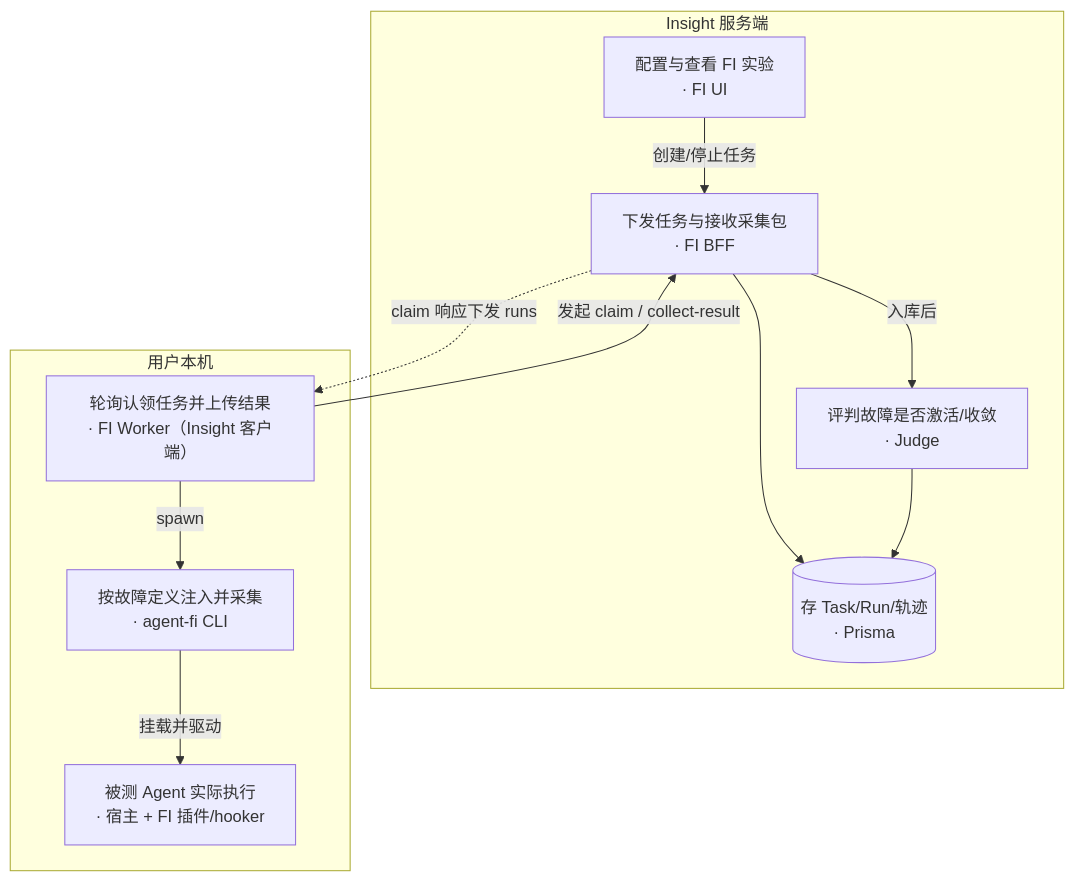
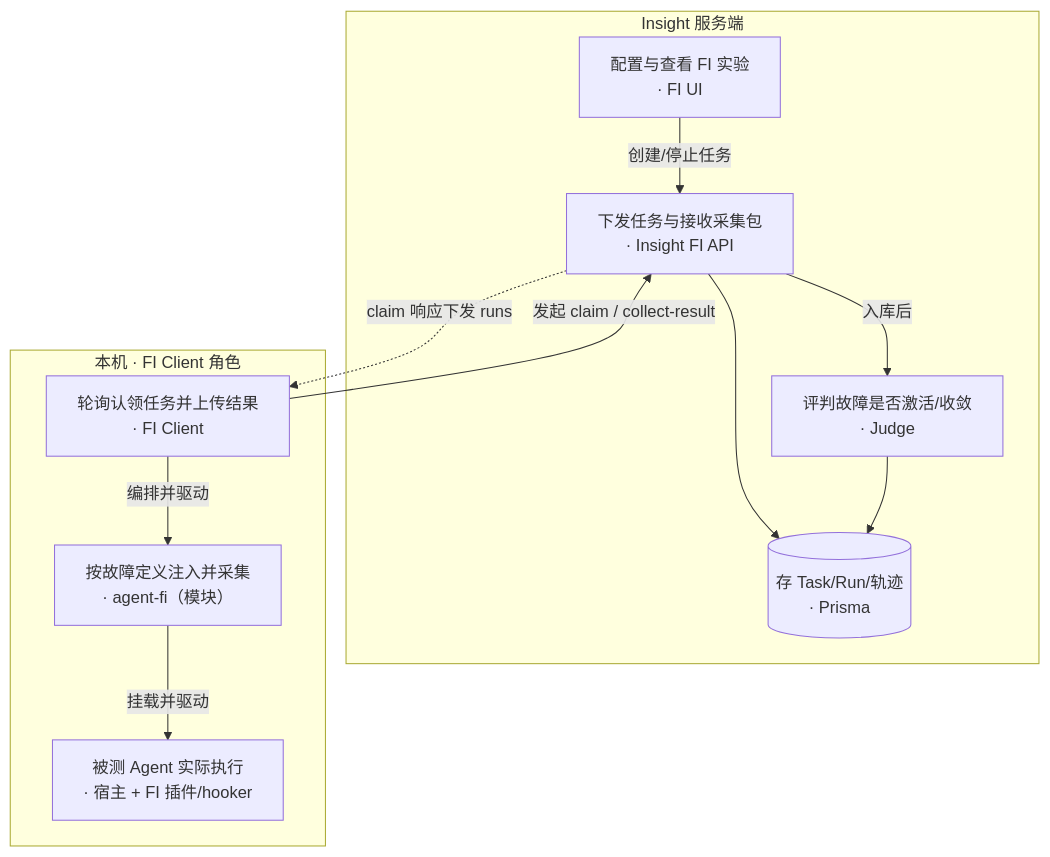
Before and after one commit to openeuler-mirror/agent-insight: the fourth of 8 diagrams in docs/agent-fault-injection/designs/ras-fi-insight-relationship.md, drawn with Mermaid. The commit also changed other lines of this file and 56 other files, not shown here.

````diff
--- a/docs/agent-fault-injection/designs/ras-fi-insight-relationship.md
+++ b/docs/agent-fault-injection/designs/ras-fi-insight-relationship.md
@@ -199,22 +234,22 @@
 ```mermaid
 flowchart TB
   subgraph insight [Insight 服务端]
     UI["配置与查看 FI 实验<br/>· FI UI"]
-    API["下发任务与接收采集包<br/>· FI BFF"]
+    API["下发任务与接收采集包<br/>· Insight FI API"]
     DB[("存 Task/Run/轨迹<br/>· Prisma")]
     J["评判故障是否激活/收敛<br/>· Judge"]
   end
-  subgraph user [用户本机]
-    W["轮询认领任务并上传结果<br/>· FI Worker（Insight 客户端）"]
-    CLI["按故障定义注入并采集<br/>· agent-fi CLI"]
+  subgraph user [本机 · FI Client 角色]
+    FIC["轮询认领任务并上传结果<br/>· FI Client"]
+    CLI["按故障定义注入并采集<br/>· agent-fi（模块）"]
     Host["被测 Agent 实际执行<br/>· 宿主 + FI 插件/hooker"]
   end
   UI -->|"创建/停止任务"| API
   API --> DB
-  W -->|"发起 claim / collect-result"| API
-  API -.->|"claim 响应下发 runs"| W
-  W -->|spawn| CLI
+  FIC -->|"发起 claim / collect-result"| API
+  API -.->|"claim 响应下发 runs"| FIC
+  FIC -->|编排并驱动| CLI
   CLI -->|"挂载并驱动"| Host
   API -->|"入库后"| J
   J --> DB
 ```
````
